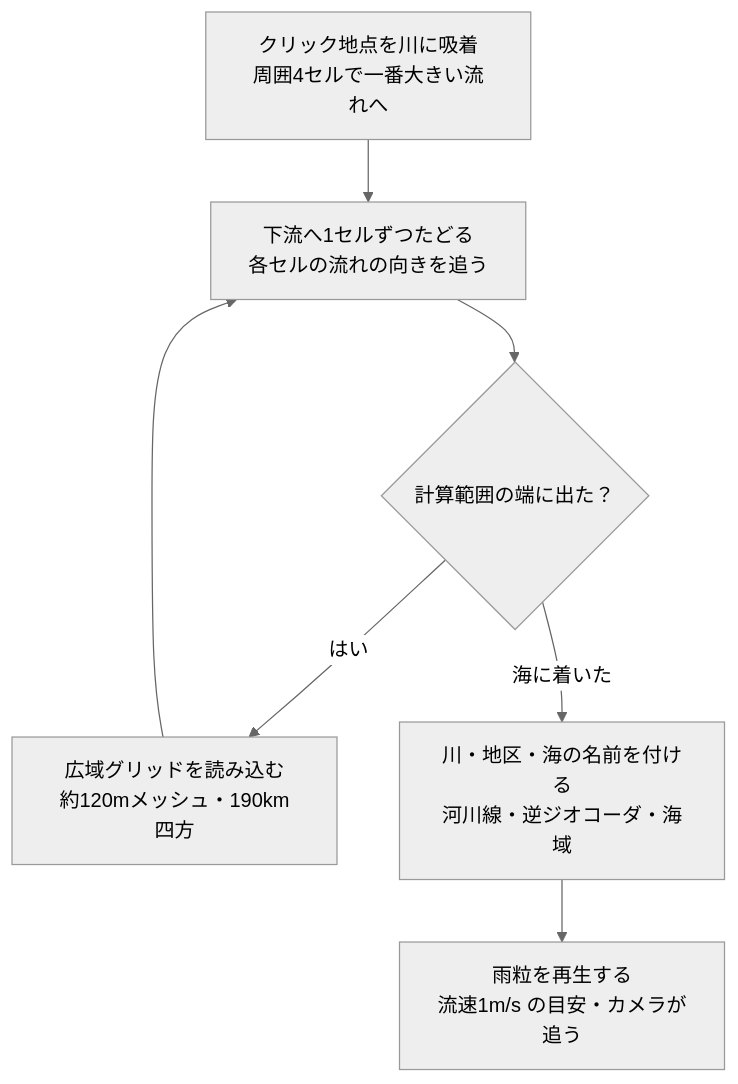
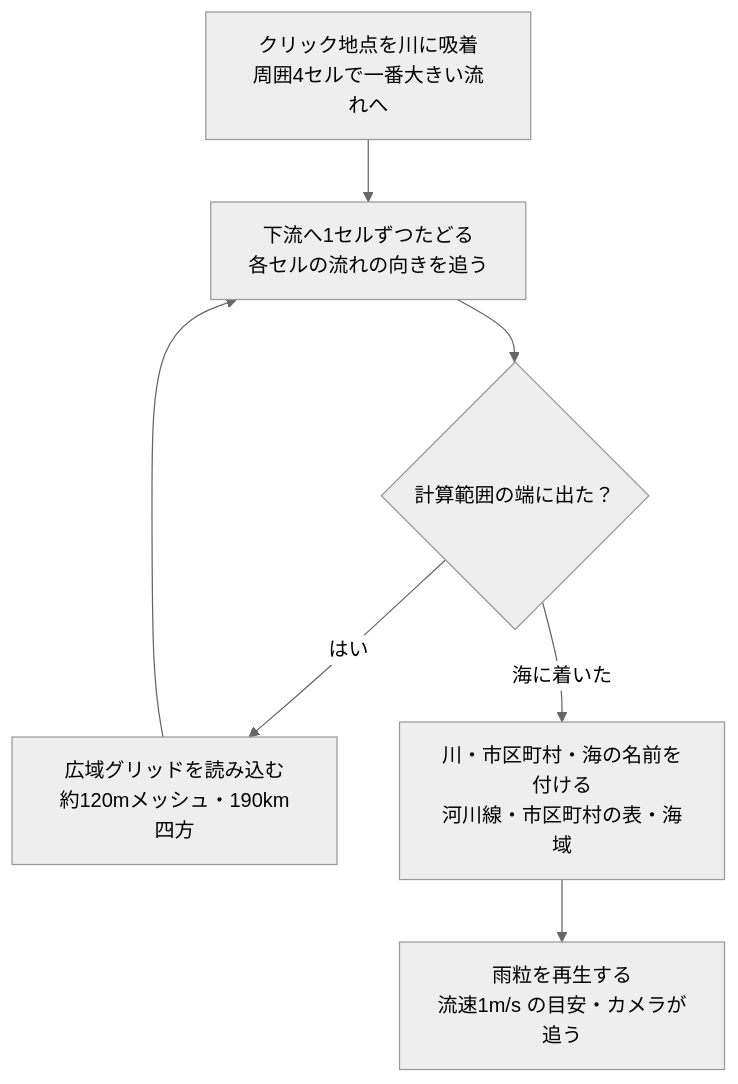
One commit to yokinist/ryuiki-map changed the second of 4 diagrams in README.md. Above: the diagram before and after it, drawn with Mermaid (neutral theme). The commit also changed other lines of this file and 198 other files, not shown here.

````diff
--- a/README.md
+++ b/README.md
@@ -94,9 +95,9 @@
 ```mermaid
 flowchart TD
   snap["クリック地点を川に吸着<br/>周囲4セルで一番大きい流れへ"] --> trace["下流へ1セルずつたどる<br/>各セルの流れの向きを追う"]
   trace --> edge{"計算範囲の端に出た？"}
   edge -- "はい" --> wide["広域グリッドを読み込む<br/>約120mメッシュ・190km四方"]
   wide --> trace
-  edge -- "海に着いた" --> names["川・地区・海の名前を付ける<br/>河川線・逆ジオコーダ・海域"]
+  edge -- "海に着いた" --> names["川・市区町村・海の名前を付ける<br/>河川線・市区町村の表・海域"]
   names --> play["雨粒を再生する<br/>流速1m/s の目安・カメラが追う"]
 ```
````
